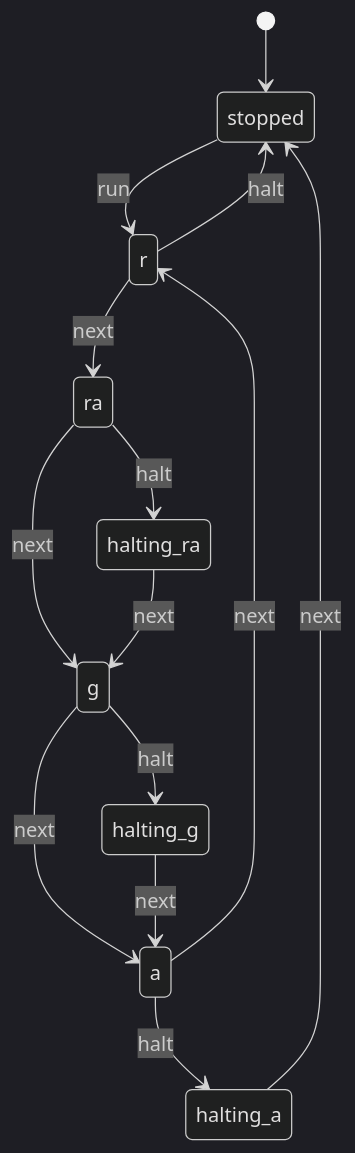
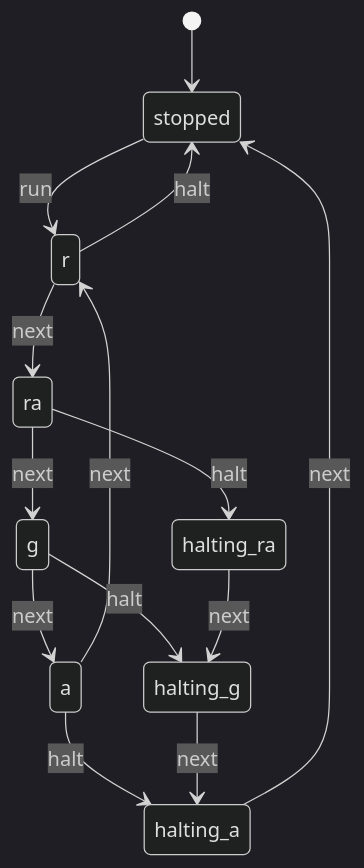
Before and after one commit to Janae024/E5-Assmt2-Traffic-Clojure: the diagram in doc/one-way.md, drawn with Mermaid (dark theme). The commit also changed 6 other files, not shown here.

````diff
--- a/doc/one-way.md
+++ b/doc/one-way.md
@@ -15,21 +15,21 @@
 ```mermaid
 stateDiagram-v2
 
     [*] --> stopped
 
     stopped --> r : run
 
     r --> ra : next
     ra --> g : next
     g --> a : next
     a --> r : next
 
     r --> stopped : halt
     ra --> halting_ra : halt
     g --> halting_g : halt
     a --> halting_a : halt
 
-    halting_ra --> g : next
-    halting_g --> a : next
+    halting_ra --> halting_g : next
+    halting_g --> halting_a : next
     halting_a --> stopped : next
 ```
````
